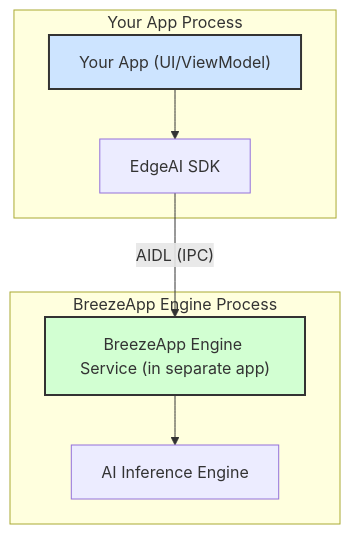
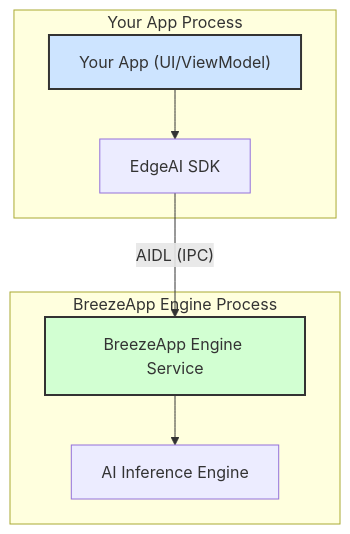
One commit to mtkresearch/BreezeApp-engine changed the diagram in android/EdgeAI/README.md. Above: the diagram before and after it, drawn with Mermaid. The commit also changed other lines of this file and 35 other files, not shown here.

````diff
--- a/android/EdgeAI/README.md
+++ b/android/EdgeAI/README.md
@@ -24,15 +23,12 @@
 ```mermaid
 graph TD
     subgraph "Your App Process"
         A["Your App (UI/ViewModel)"] --> B["EdgeAI SDK"];
     end
-
     subgraph "BreezeApp Engine Process"
-        D["BreezeApp Engine Service (in separate app)"] --> E["AI Inference Engine"];
+        D["BreezeApp Engine Service"] --> E["AI Inference Engine"];
     end
-
     B --"AIDL (IPC)"--> D;
-
     style A fill:#cde4ff,stroke:#333,stroke-width:2px
     style D fill:#d2ffd2,stroke:#333,stroke-width:2px
 ```
````
